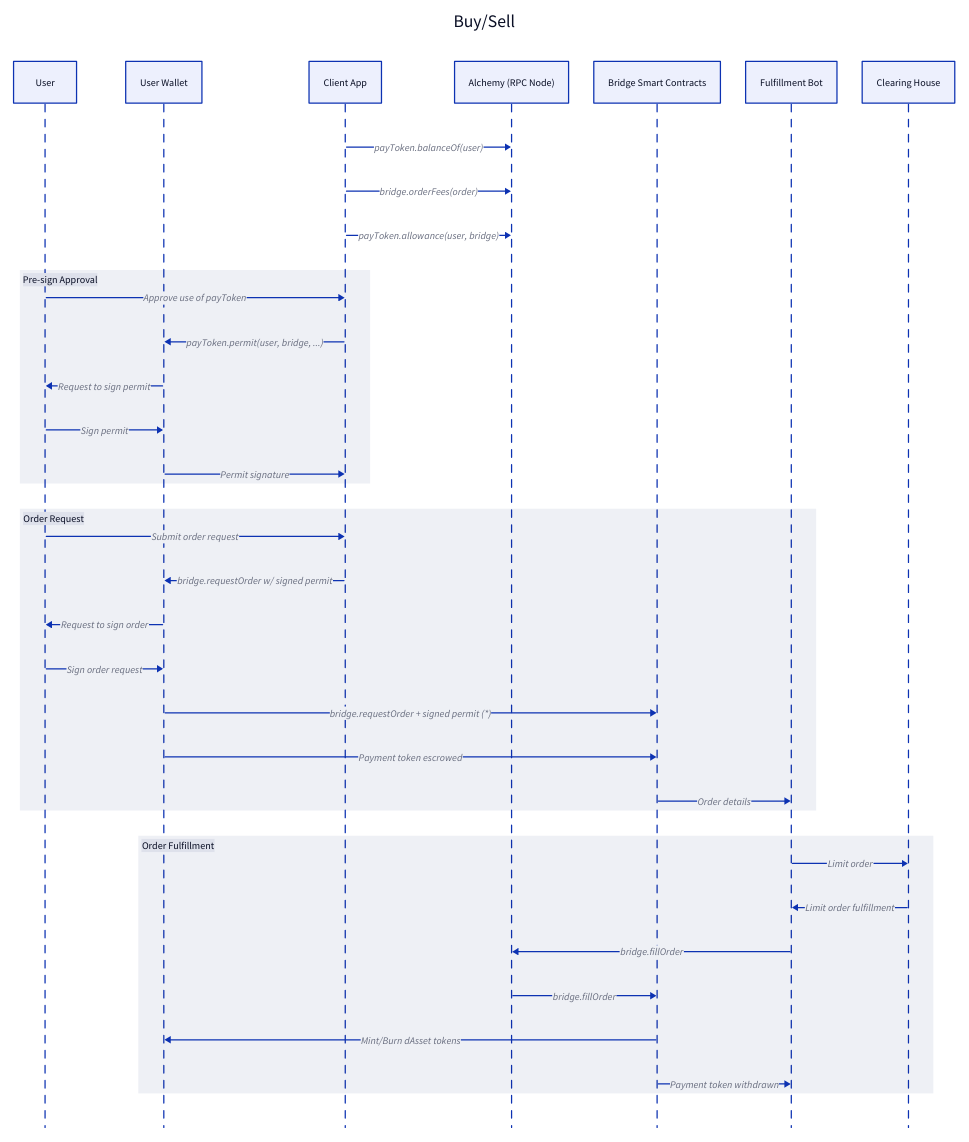
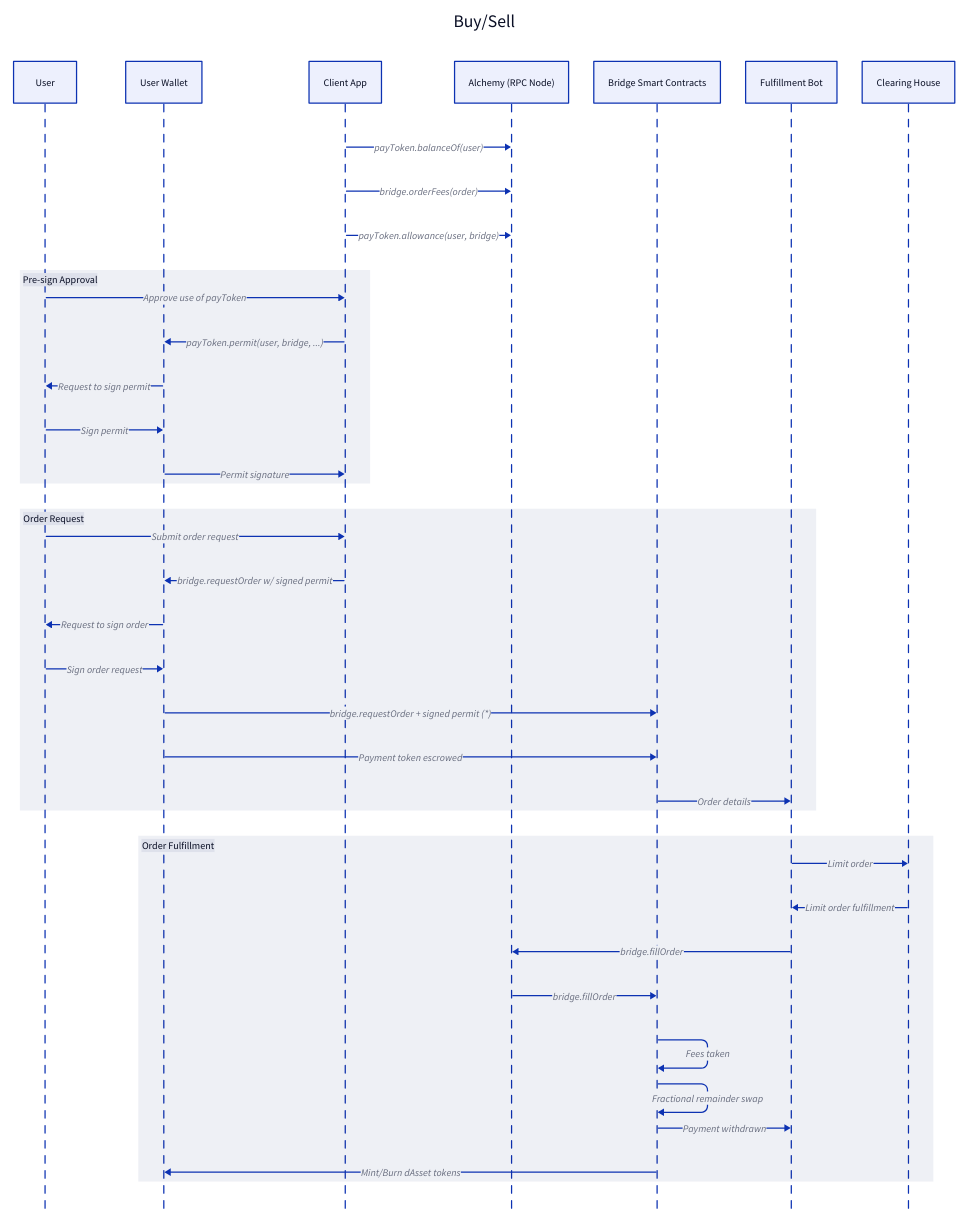
Before and after one commit to dinaricrypto/sbt-contracts: the diagram in docs/brokerage-order.d2, drawn with D2. The commit also changed 2 other files, not shown here.

```diff
--- a/docs/brokerage-order.d2
+++ b/docs/brokerage-order.d2
@@ -1,39 +1,41 @@
 Buy/Sell: {
   shape: sequence_diagram
 
   user: User
   wallet: User Wallet
   app: Client App
   rpc: Alchemy (RPC Node)
   contracts: Bridge Smart Contracts
   bot: Fulfillment Bot
   clearing: Clearing House
 
   app -> rpc: payToken.balanceOf(user)
   app -> rpc: bridge.orderFees(order)
   app -> rpc: payToken.allowance(user, bridge)
   Pre-sign Approval: {
     user -> app: Approve use of payToken
     app -> wallet: payToken.permit(user, bridge, ...)
     wallet -> user: Request to sign permit
     user -> wallet: Sign permit
     wallet -> app: Permit signature
   }
   Order Request: {
     user -> app: Submit order request
     app -> wallet: bridge.requestOrder w/ signed permit
     wallet -> user: Request to sign order
     user -> wallet: Sign order request
     wallet -> contracts: bridge.requestOrder + signed permit (*)
     wallet -> contracts: Payment token escrowed
     contracts -> bot: Order details
   }
   Order Fulfillment: {
     bot -> clearing: Limit order
     clearing -> bot: Limit order fulfillment
     bot -> rpc: bridge.fillOrder
     rpc -> contracts: bridge.fillOrder
+    contracts -> contracts: Fees taken
+    contracts -> contracts: Fractional remainder swap
+    contracts -> bot: Payment withdrawn
     contracts -> wallet: Mint/Burn dAsset tokens
-    contracts -> bot: Payment token withdrawn
   }
 }
```
